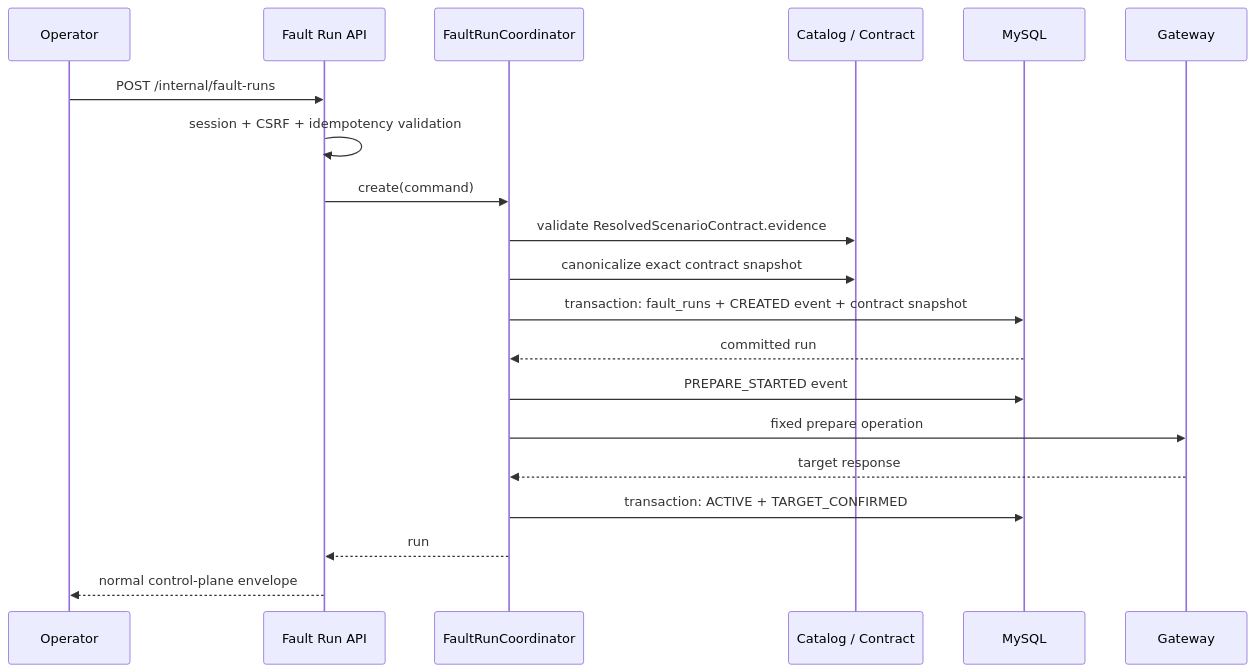
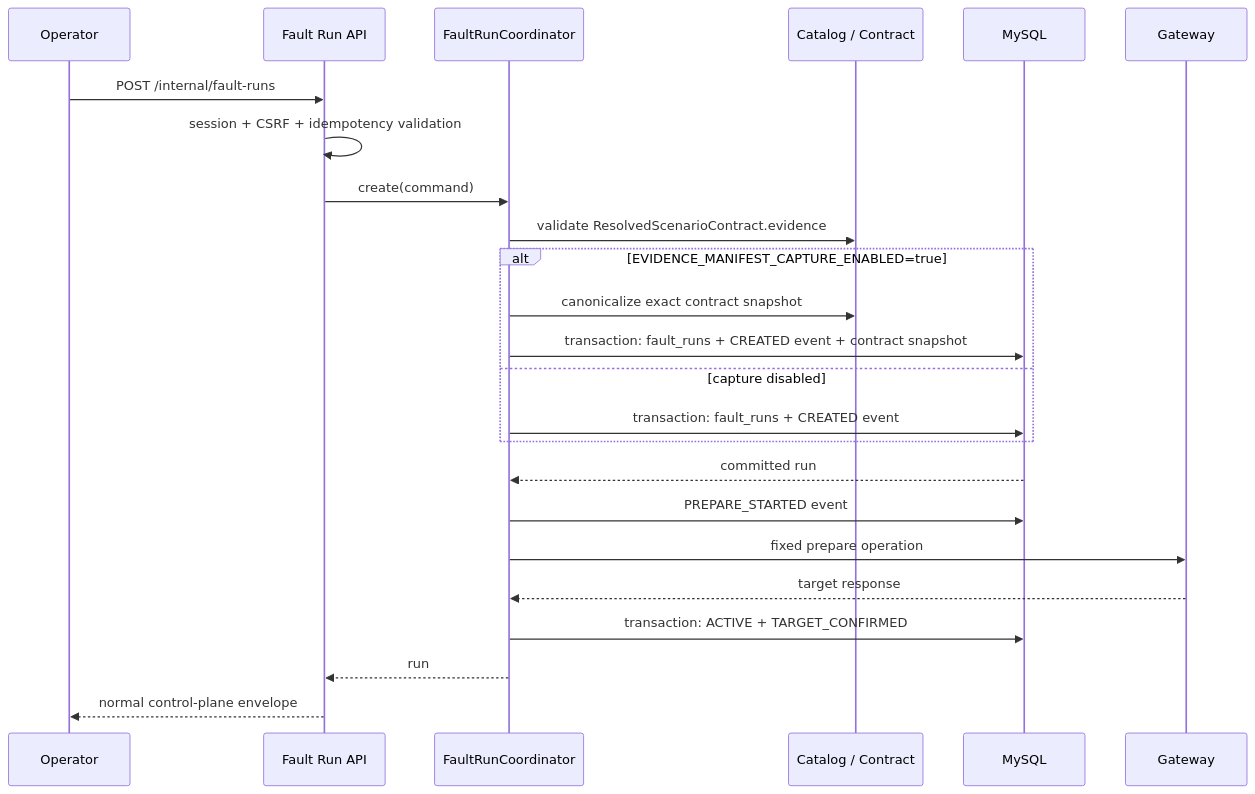
One commit to asatasinon/mall-chaos changed the first of 2 diagrams in docs/castrel-evolution/implementation/batch-4-evidence-query/tech.md. Above: the diagram before and after it, drawn with Mermaid. The commit also changed other lines of this file and 5 other files, not shown here.

Commit message:
Feature #Castrel-001 Castrel Chaos 后续 roadmap - P3 - 开发

````diff
--- a/docs/castrel-evolution/implementation/batch-4-evidence-query/tech.md
+++ b/docs/castrel-evolution/implementation/batch-4-evidence-query/tech.md
@@ -124,23 +122,27 @@
 ```mermaid
 sequenceDiagram
   participant O as Operator
   participant API as Fault Run API
   participant C as FaultRunCoordinator
   participant K as Catalog / Contract
   participant DB as MySQL
   participant G as Gateway
 
   O->>API: POST /internal/fault-runs
   API->>API: session + CSRF + idempotency validation
   API->>C: create(command)
   C->>K: validate ResolvedScenarioContract.evidence
-  C->>K: canonicalize exact contract snapshot
-  C->>DB: transaction: fault_runs + CREATED event + contract snapshot
+  alt EVIDENCE_MANIFEST_CAPTURE_ENABLED=true
+    C->>K: canonicalize exact contract snapshot
+    C->>DB: transaction: fault_runs + CREATED event + contract snapshot
+  else capture disabled
+    C->>DB: transaction: fault_runs + CREATED event
+  end
   DB-->>C: committed run
   C->>DB: PREPARE_STARTED event
   C->>G: fixed prepare operation
   G-->>C: target response
   C->>DB: transaction: ACTIVE + TARGET_CONFIRMED
   C-->>API: run
   API-->>O: normal control-plane envelope
 ```
````
